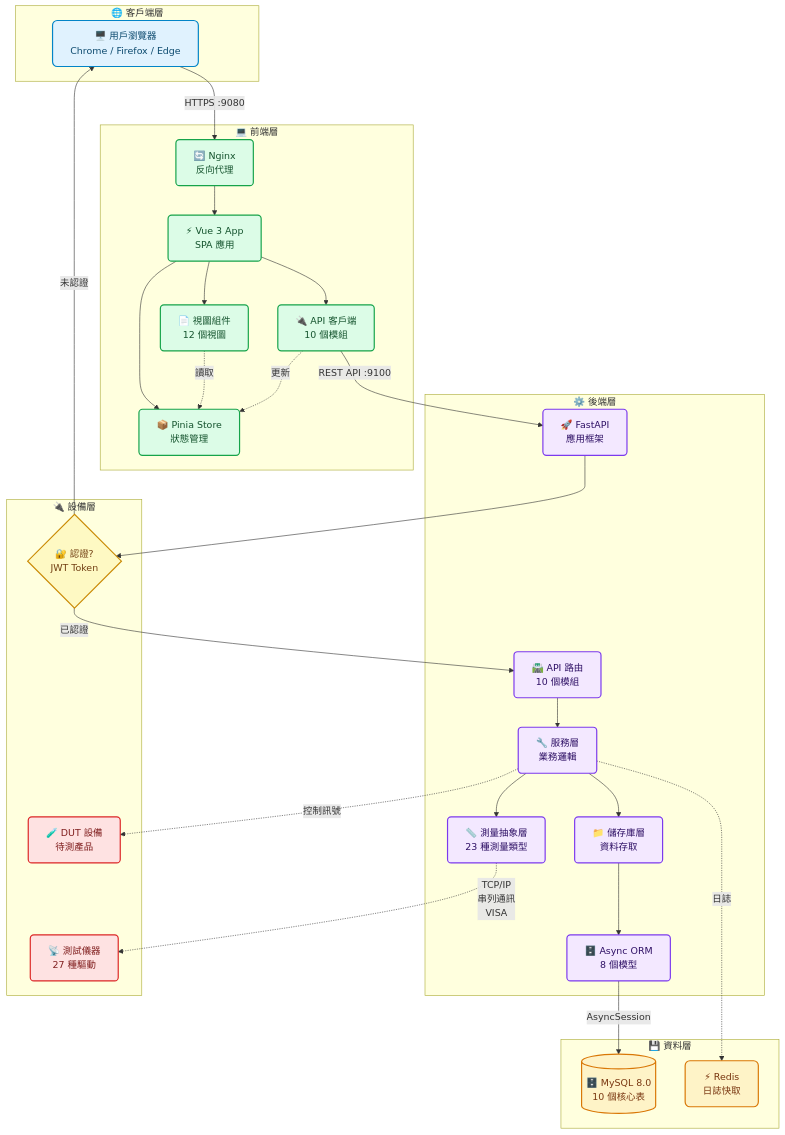
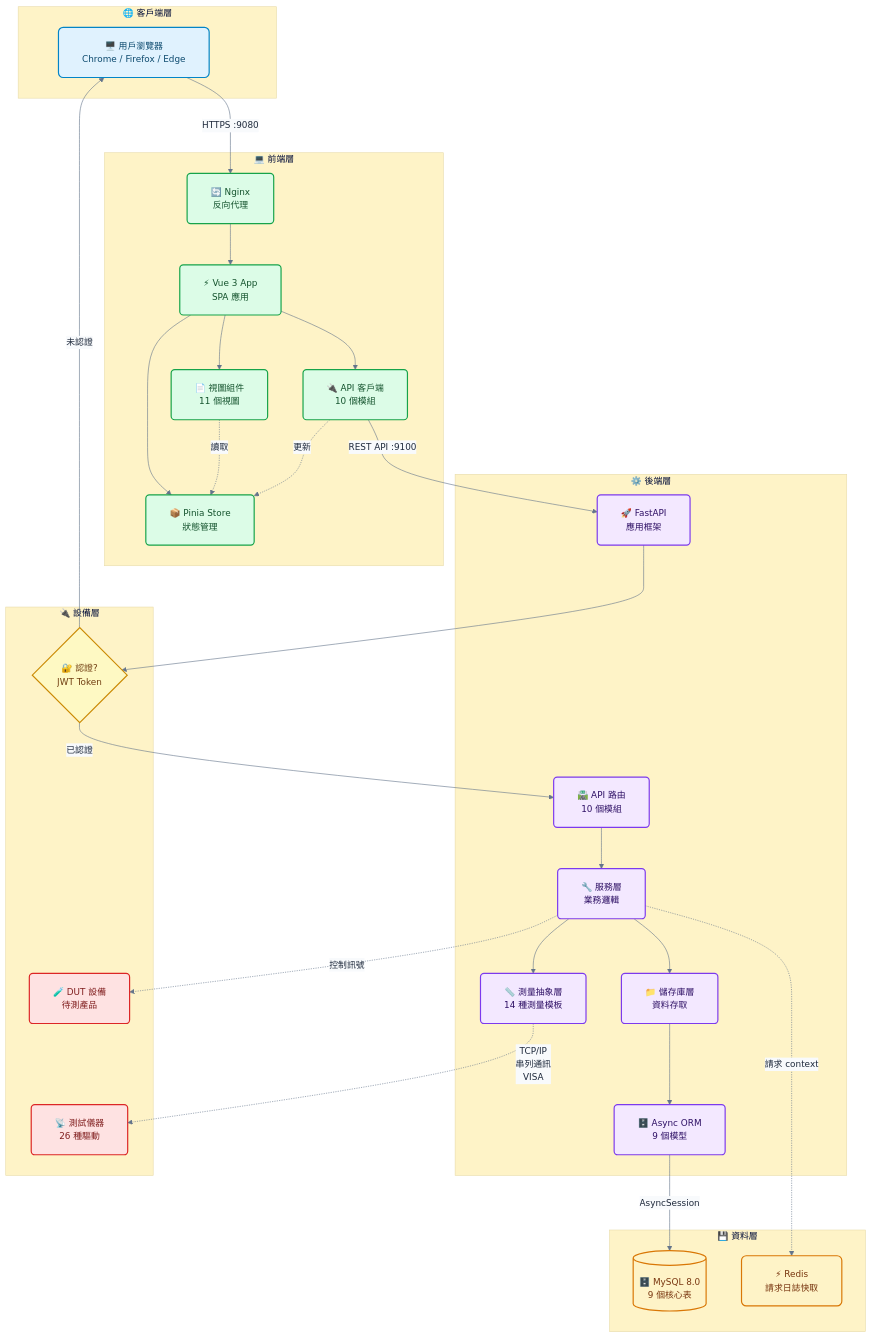
One commit to sprigga/WebPDTool changed the diagram in README.md. Above: the diagram before and after it, drawn with Mermaid. The commit also changed other lines of this file and 17 other files, not shown here.

````diff
--- a/README.md
+++ b/README.md
@@ -111,73 +113,73 @@
 ```mermaid
-%%{init: {"theme":"base","themeVariables":{"fontFamily":"Segoe UI, Microsoft YaHei, PingFang TC, Arial, sans-serif","fontSize":"15px","primaryTextColor":"#1e293b","lineColor":"#64748b","edgeLabelBackground":"#f8fafc","primaryColor":"#eff6ff","secondaryColor":"#f0fdf4","tertiaryColor":"#fef3c7","background":"#ffffff"},"flowchart":{"useMaxWidth":true,"nodeSpacing":60,"rankSpacing":70,"curve":"basis","padding":20}}}}%%
+%%{init: {"theme":"base","themeVariables":{"fontFamily":"Segoe UI, Microsoft YaHei, PingFang TC, Arial, sans-serif","fontSize":"15px","primaryTextColor":"#1e293b","lineColor":"#64748b","edgeLabelBackground":"#f8fafc","primaryColor":"#eff6ff","secondaryColor":"#f0fdf4","tertiaryColor":"#fef3c7","background":"#ffffff"},"flowchart":{"useMaxWidth":true,"nodeSpacing":60,"rankSpacing":70,"curve":"basis","padding":20}}}%%
 flowchart TB
     subgraph Client_Layer["🌐 客戶端層"]
         Client["🖥️ 用戶瀏覽器<br/>Chrome / Firefox / Edge"]
     end
 
     subgraph Frontend_Layer["💻 前端層"]
         FE_Nginx["🔄 Nginx<br/>反向代理"]
         FE_App["⚡ Vue 3 App<br/>SPA 應用"]
-        FE_View["📄 視圖組件<br/>12 個視圖"]
+        FE_View["📄 視圖組件<br/>11 個視圖"]
         FE_API["🔌 API 客戶端<br/>10 個模組"]
         FE_Store["📦 Pinia Store<br/>狀態管理"]
     end
 
     subgraph Backend_Layer["⚙️ 後端層"]
         BE_Fast["🚀 FastAPI<br/>應用框架"]
         BE_API["🛣️ API 路由<br/>10 個模組"]
         BE_SVC["🔧 服務層<br/>業務邏輯"]
-        BE_MEAS["📏 測量抽象層<br/>23 種測量類型"]
+        BE_MEAS["📏 測量抽象層<br/>14 種測量模板"]
         BE_REPO["📁 儲存庫層<br/>資料存取"]
-        BE_MODEL["🗄️ Async ORM<br/>8 個模型"]
+        BE_MODEL["🗄️ Async ORM<br/>9 個模型"]
     end
 
     subgraph Data_Layer["💾 資料層"]
-        DB[("🗄️ MySQL 8.0<br/>10 個核心表")]
-        Cache["⚡ Redis<br/>日誌快取"]
+        DB[("🗄️ MySQL 8.0<br/>9 個核心表")]
+        Cache["⚡ Redis<br/>請求日誌快取"]
     end
 
     subgraph Device_Layer["🔌 設備層"]
         Auth_Decision{"🔐 認證?<br/>JWT Token"}
-        EXT["📡 測試儀器<br/>27 種驅動"]
+        EXT["📡 測試儀器<br/>26 種驅動"]
         DUT["🧪 DUT 設備<br/>待測產品"]
     end
 
     Client -->|HTTPS :9080| FE_Nginx
     FE_Nginx --> FE_App
     FE_App --> FE_View
     FE_App --> FE_API
     FE_App --> FE_Store
     FE_View -.->|讀取| FE_Store
     FE_API -.->|更新| FE_Store
 
     FE_API -->|REST API :9100| BE_Fast
     BE_Fast --> Auth_Decision
     Auth_Decision -->|已認證| BE_API
     Auth_Decision -->|未認證| Client
 
     BE_API --> BE_SVC
     BE_SVC --> BE_MEAS
     BE_SVC --> BE_REPO
     BE_REPO --> BE_MODEL
 
     BE_MODEL -->|AsyncSession| DB
-    BE_SVC -.->|日誌| Cache
+    BE_SVC -.->|請求 context| Cache
 
     BE_MEAS -.->|TCP/IP<br/>串列通訊<br/>VISA| EXT
     BE_SVC -.->|控制訊號| DUT
 
     classDef clientStyle fill:#e0f2fe,stroke:#0284c7,stroke-width:2px,color:#0c4a6e,rx:8,ry:8;
     classDef frontendStyle fill:#dcfce7,stroke:#16a34a,stroke-width:2px,color:#14532d,rx:6,ry:6;
     classDef backendStyle fill:#f3e8ff,stroke:#7c3aed,stroke-width:2px,color:#2e1065,rx:6,ry:6;
     classDef dataStyle fill:#fef3c7,stroke:#d97706,stroke-width:2px,color:#78350f,rx:8,ry:8;
     classDef deviceStyle fill:#fee2e2,stroke:#dc2626,stroke-width:2px,color:#7f1d1d,rx:6,ry:6;
     classDef decisionStyle fill:#fef9c3,stroke:#ca8a04,stroke-width:2px,color:#713f12,rx:0,ry:0;
 
     class Client clientStyle;
     class FE_Nginx,FE_App,FE_View,FE_API,FE_Store frontendStyle;
     class BE_Fast,BE_API,BE_SVC,BE_MEAS,BE_REPO,BE_MODEL backendStyle;
     class DB,Cache dataStyle;
     class EXT,DUT deviceStyle;
     class Auth_Decision decisionStyle;
 ```
````
